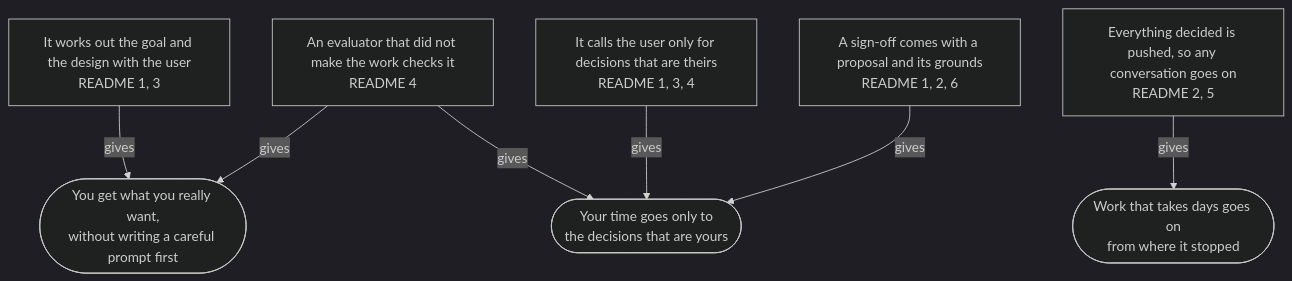
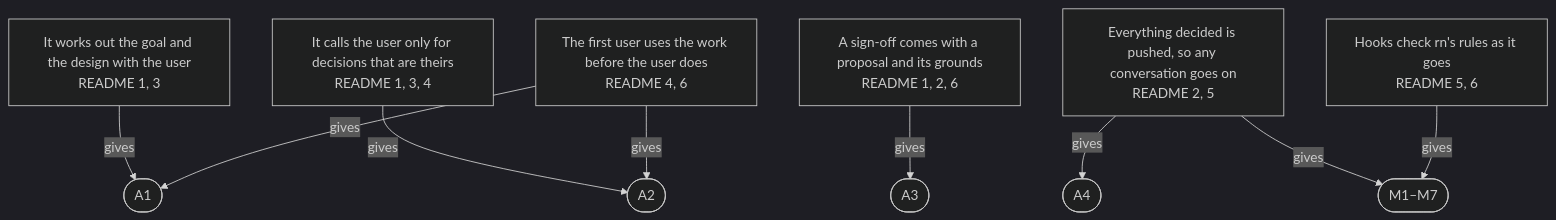
One commit to lovaizu/ccpm changed the first of 4 diagrams in rn/docs/design.md. Above: the diagram before and after it, drawn with Mermaid (dark theme). The commit also changed other lines of this file and 2 other files, not shown here.

First line of the commit message:
docs(rn): state the Kano split, criterion IDs, the first user, hooks, and verification as their own document

````diff
--- a/rn/docs/design.md
+++ b/rn/docs/design.md
@@ -5,17 +48,22 @@
 ```mermaid
 flowchart TD
     F1["It works out the goal and the design with the user<br/>README 1, 3"]
     F2["It calls the user only for decisions that are theirs<br/>README 1, 3, 4"]
-    F3["An evaluator that did not make the work checks it<br/>README 4"]
+    F3["The first user uses the work before the user does<br/>README 4, 6"]
     F4["A sign-off comes with a proposal and its grounds<br/>README 1, 2, 6"]
     F5["Everything decided is pushed, so any conversation goes on<br/>README 2, 5"]
-    B1(["You get what you really want,<br/>without writing a careful prompt first"])
-    B2(["Your time goes only to<br/>the decisions that are yours"])
-    B3(["Work that takes days goes on<br/>from where it stopped"])
-    F1 -->|"gives"| B1
-    F3 -->|"gives"| B1
-    F3 -->|"gives"| B2
-    F2 -->|"gives"| B2
-    F4 -->|"gives"| B2
-    F5 -->|"gives"| B3
+    F6["Hooks check rn's rules as it goes<br/>README 5, 6"]
+    A1(["A1"])
+    A2(["A2"])
+    A3(["A3"])
+    A4(["A4"])
+    MB(["M1–M7"])
+    F1 -->|"gives"| A1
+    F3 -->|"gives"| A1
+    F2 -->|"gives"| A2
+    F3 -->|"gives"| A2
+    F4 -->|"gives"| A3
+    F5 -->|"gives"| A4
+    F5 -->|"gives"| MB
+    F6 -->|"gives"| MB
 ```
````
